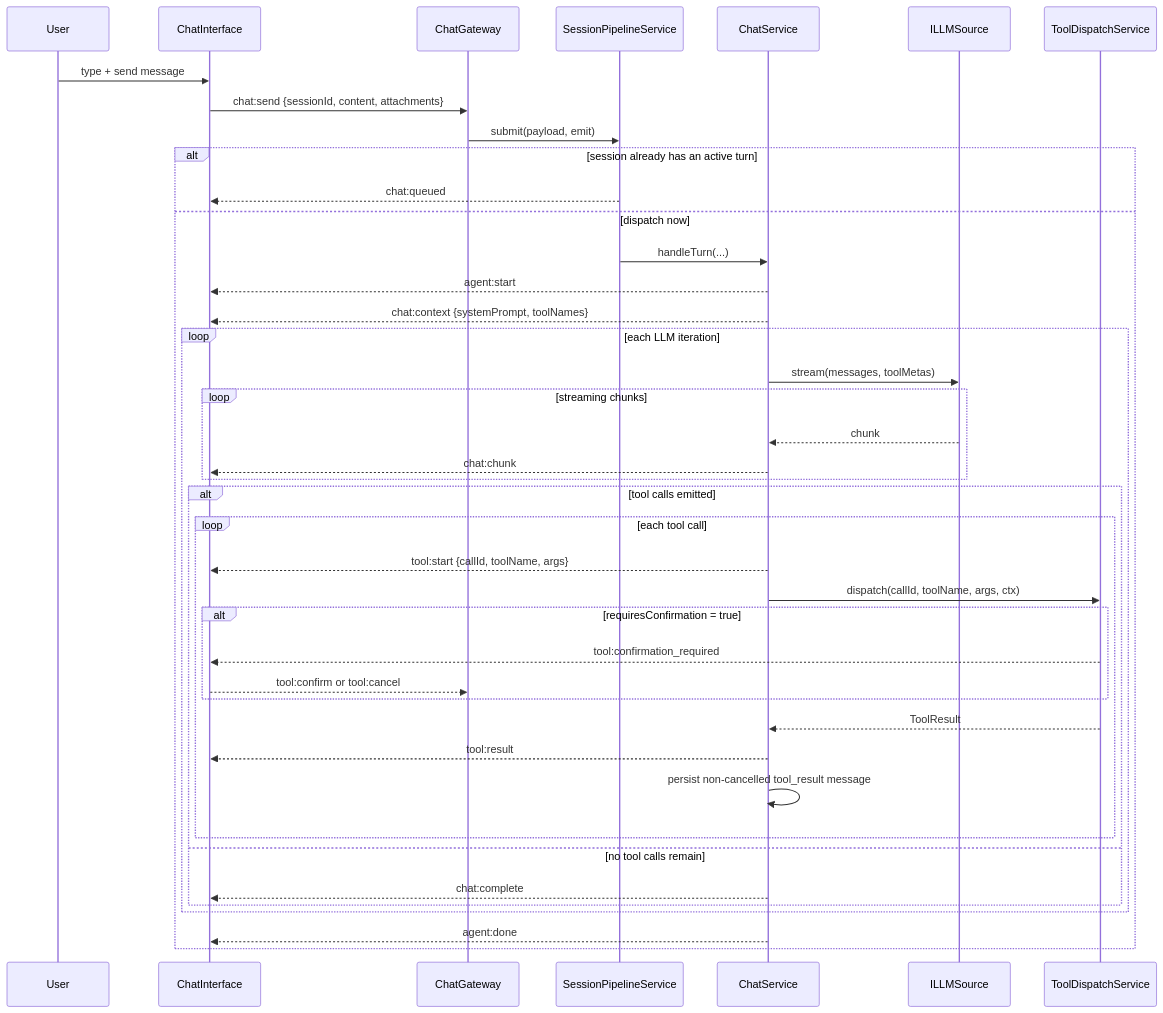
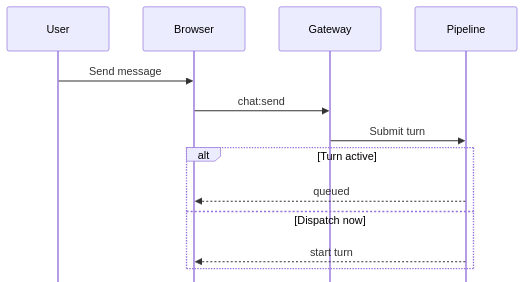
Before and after one commit to Radomiej/kalio-forever: the second of 3 diagrams in README.md, drawn with Mermaid. The commit also changed other lines of this file and 492 other files, not shown here.

````diff
--- a/README.md
+++ b/README.md
@@ -170,50 +200,18 @@
-```mermaid
+~~~mermaid
+%%{init: {"sequence": {"mirrorActors": false}}}%%
 sequenceDiagram
   participant U as User
-  participant FE as ChatInterface
-  participant GW as ChatGateway
-  participant P as SessionPipelineService
-  participant CS as ChatService
-  participant LLM as ILLMSource
-  participant TD as ToolDispatchService
+  participant FE as Browser
+  participant GW as Gateway
+  participant P as Pipeline
 
-  U->>FE: type + send message
-  FE->>GW: chat:send {sessionId, content, attachments}
-  GW->>P: submit(payload, emit)
+  U->>FE: Send message
+  FE->>GW: chat:send
+  GW->>P: Submit turn
 
-  alt session already has an active turn
-    P-->>FE: chat:queued
-  else dispatch now
-    P->>CS: handleTurn(...)
-    CS-->>FE: agent:start
-    CS-->>FE: chat:context {systemPrompt, toolNames}
-
-    loop each LLM iteration
-      CS->>LLM: stream(messages, toolMetas)
-      loop streaming chunks
-        LLM-->>CS: chunk
-        CS-->>FE: chat:chunk
-      end
-
-      alt tool calls emitted
-        loop each tool call
-          CS-->>FE: tool:start {callId, toolName, args}
-          CS->>TD: dispatch(callId, toolName, args, ctx)
-
-          alt requiresConfirmation = true
-            TD-->>FE: tool:confirmation_required
-            FE-->>GW: tool:confirm or tool:cancel
-          end
-
-          TD-->>CS: ToolResult
-          CS-->>FE: tool:result
-          CS->>CS: persist non-cancelled tool_result message
-        end
-      else no tool calls remain
-        CS-->>FE: chat:complete
-      end
-    end
-
-    CS-->>FE: agent:done
+  alt Turn active
+    P-->>FE: queued
+  else Dispatch now
+    P-->>FE: start turn
   end
-```
+~~~
````
